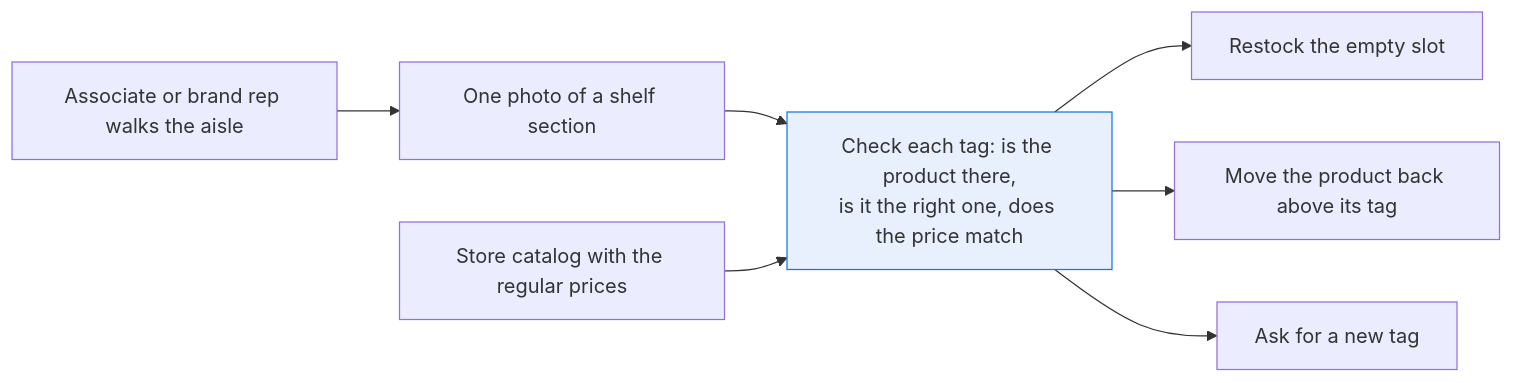
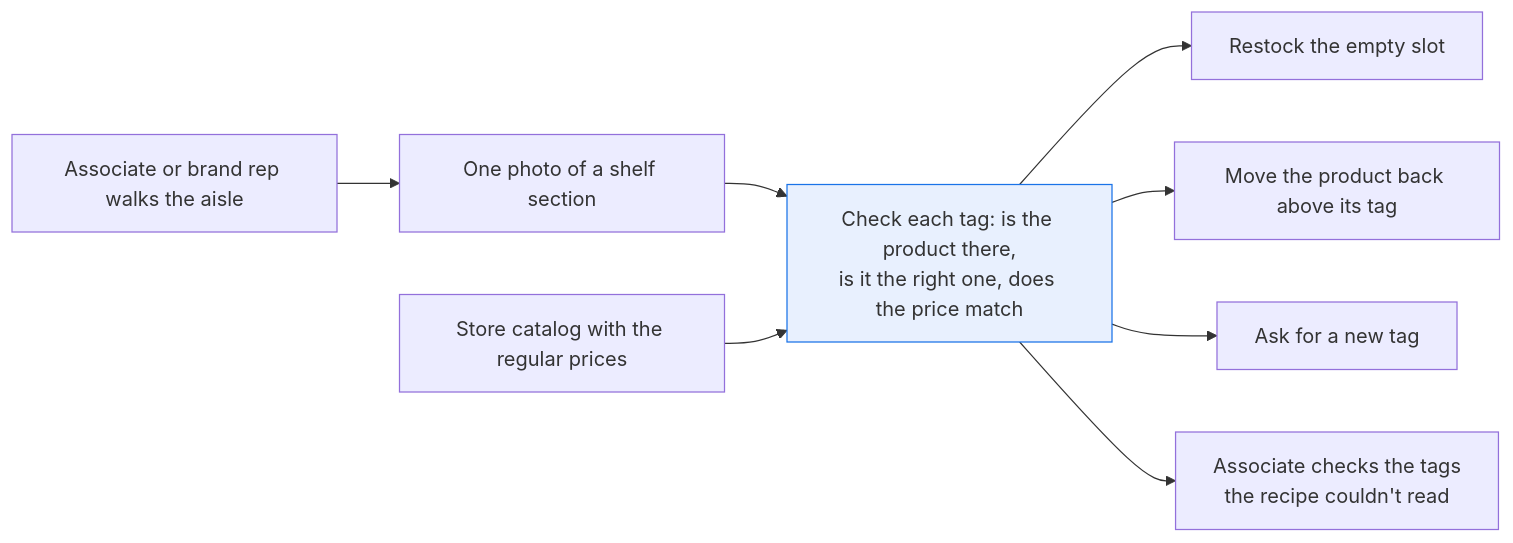
The first of 2 diagrams in retail/check_shelf_from_photo/README.md (superlinked/cookbook), drawn with Mermaid before and after one commit. The commit also changed other lines of this file and 9 other files, not shown here.

````diff
--- a/retail/check_shelf_from_photo/README.md
+++ b/retail/check_shelf_from_photo/README.md
@@ -34,11 +34,12 @@
 ```mermaid
 flowchart LR
     A[Associate or brand rep walks the aisle] --> B[One photo of a shelf section]
     B --> C["Check each tag: is the product there,<br/>is it the right one, does the price match"]
     G[Store catalog with the regular prices] --> C
     C --> D[Restock the empty slot]
     C --> E[Move the product back above its tag]
     C --> F[Ask for a new tag]
+    C --> H[Associate checks the tags<br/>the recipe couldn't read]
     classDef recipe fill:#e8f0fe,stroke:#1a73e8
     class C recipe;
 ```
````
